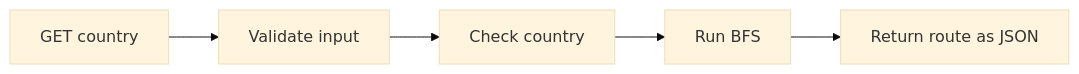
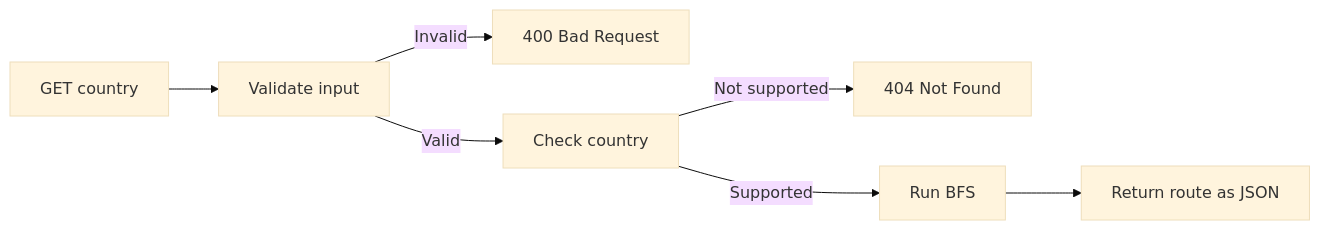
Before and after one commit to Phinx149/Take_Home_Project: the diagram in README.md, drawn with Mermaid (base theme). The commit also changed other lines of this file, not shown here.

````diff
--- a/README.md
+++ b/README.md
@@ -88,7 +108,9 @@
 ```mermaid
 flowchart LR
     A[GET country] --> B[Validate input]
-    B --> C[Check country]
-    C --> D[Run BFS]
-    D --> E[Return route as JSON]
+    B -->|Invalid| C[400 Bad Request]
+    B -->|Valid| D[Check country]
+    D -->|Not supported| E[404 Not Found]
+    D -->|Supported| F[Run BFS]
+    F --> G[Return route as JSON]
 ```
````
